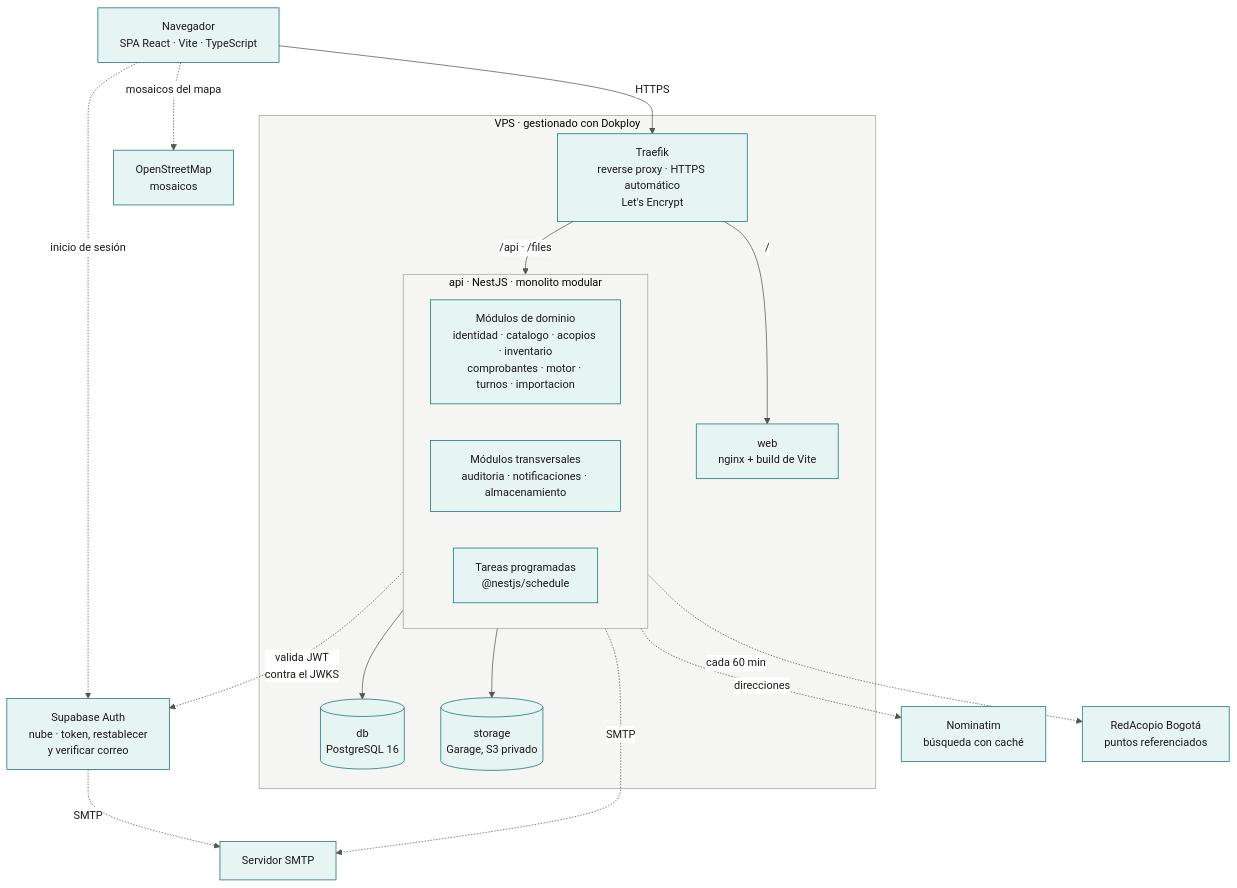
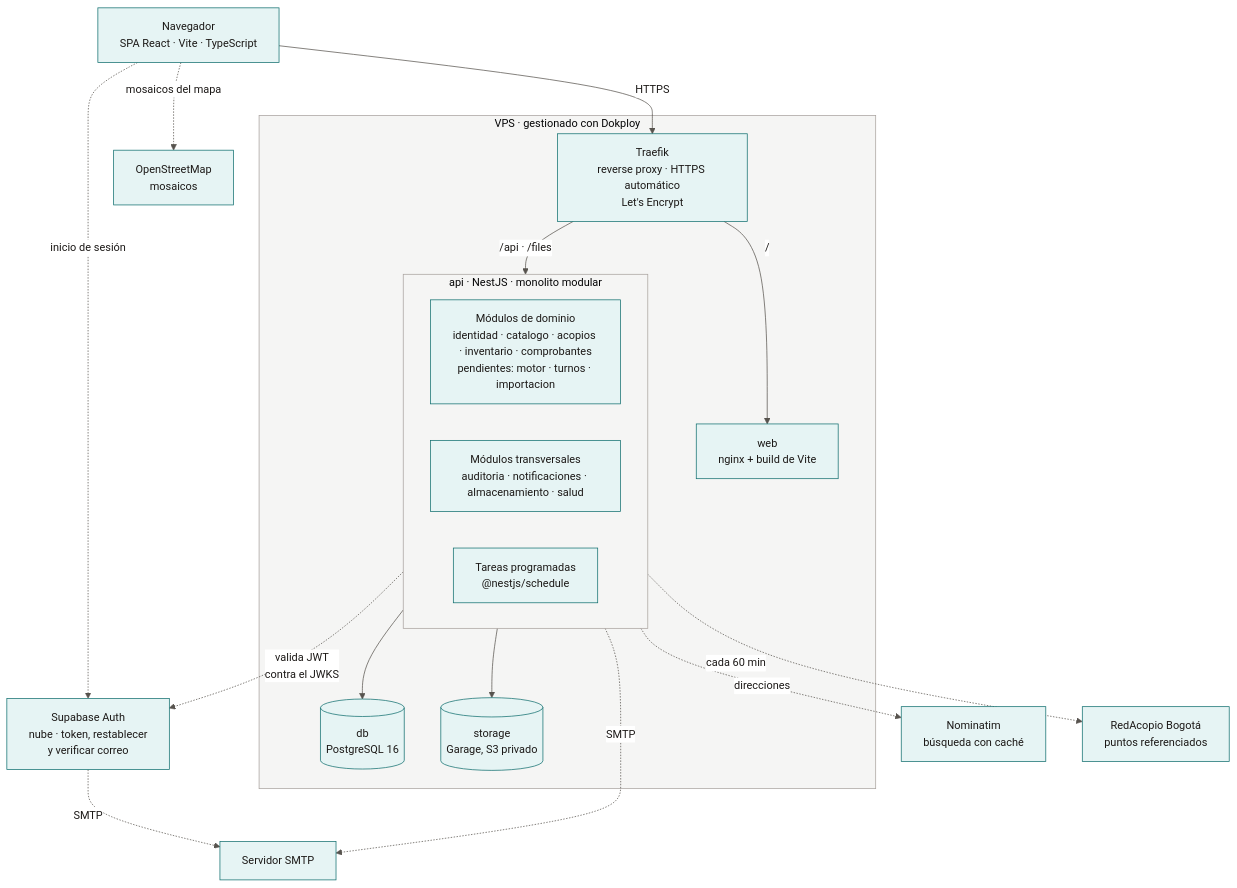
The diagram in docs/02-arquitectura/diagramas/mmd/arquitectura-02-contenedores.mmd (Proyecto-IngSoftware/acopio), drawn with Mermaid before and after one commit. The commit also changed 62 other files, not shown here.

```diff
--- a/docs/02-arquitectura/diagramas/mmd/arquitectura-02-contenedores.mmd
+++ b/docs/02-arquitectura/diagramas/mmd/arquitectura-02-contenedores.mmd
@@ -1,30 +1,30 @@
 %%{init: {"theme":"base","themeVariables":{"fontFamily":"Inter, Segoe UI, Arial, sans-serif","fontSize":"15px","primaryColor":"#E6F4F4","primaryTextColor":"#1C1917","primaryBorderColor":"#0F6E6E","secondaryColor":"#C7E8E8","tertiaryColor":"#FAFAF9","lineColor":"#57534E","textColor":"#1C1917","mainBkg":"#E6F4F4","nodeBorder":"#0F6E6E","clusterBkg":"#F5F5F4","clusterBorder":"#A8A29E","edgeLabelBackground":"#FFFFFF","attributeBackgroundColorOdd":"#FFFFFF","attributeBackgroundColorEven":"#F5F5F4"},"er":{"useMaxWidth":false},"flowchart":{"useMaxWidth":false,"htmlLabels":true,"curve":"basis"}}}%%
 flowchart TB
     Cliente["Navegador<br/>SPA React · Vite · TypeScript"] -->|HTTPS| Traefik
     Cliente -.->|"inicio de sesión"| SupabaseAuth["Supabase Auth<br/>nube · token, restablecer<br/>y verificar correo"]
     Cliente -.->|"mosaicos del mapa"| OSM["OpenStreetMap<br/>mosaicos"]
 
     subgraph VPS["VPS · gestionado con Dokploy"]
         Traefik["Traefik<br/>reverse proxy · HTTPS automático<br/>Let's Encrypt"]
         Web["web<br/>nginx + build de Vite"]
 
         subgraph API["api · NestJS · monolito modular"]
-            Dominio["Módulos de dominio<br/>identidad · catalogo · acopios · inventario<br/>comprobantes · motor · turnos · importacion"]
-            Transversales["Módulos transversales<br/>auditoria · notificaciones · almacenamiento"]
+            Dominio["Módulos de dominio<br/>identidad · catalogo · acopios · inventario · comprobantes<br/>pendientes: motor · turnos · importacion"]
+            Transversales["Módulos transversales<br/>auditoria · notificaciones · almacenamiento · salud"]
             Tareas["Tareas programadas<br/>@nestjs/schedule"]
         end
 
         DB[("db<br/>PostgreSQL 16")]
         Storage[("storage<br/>Garage, S3 privado")]
 
         Traefik -->|"/"| Web
         Traefik -->|"/api · /files"| API
         API --> DB
         API --> Storage
     end
 
     API -.->|"valida JWT<br/>contra el JWKS"| SupabaseAuth
     API -.->|SMTP| SMTP["Servidor SMTP"]
     SupabaseAuth -.->|SMTP| SMTP
     API -.->|"direcciones"| Nominatim["Nominatim<br/>búsqueda con caché"]
     API -.->|"cada 60 min"| RedAcopio["RedAcopio Bogotá<br/>puntos referenciados"]
```
